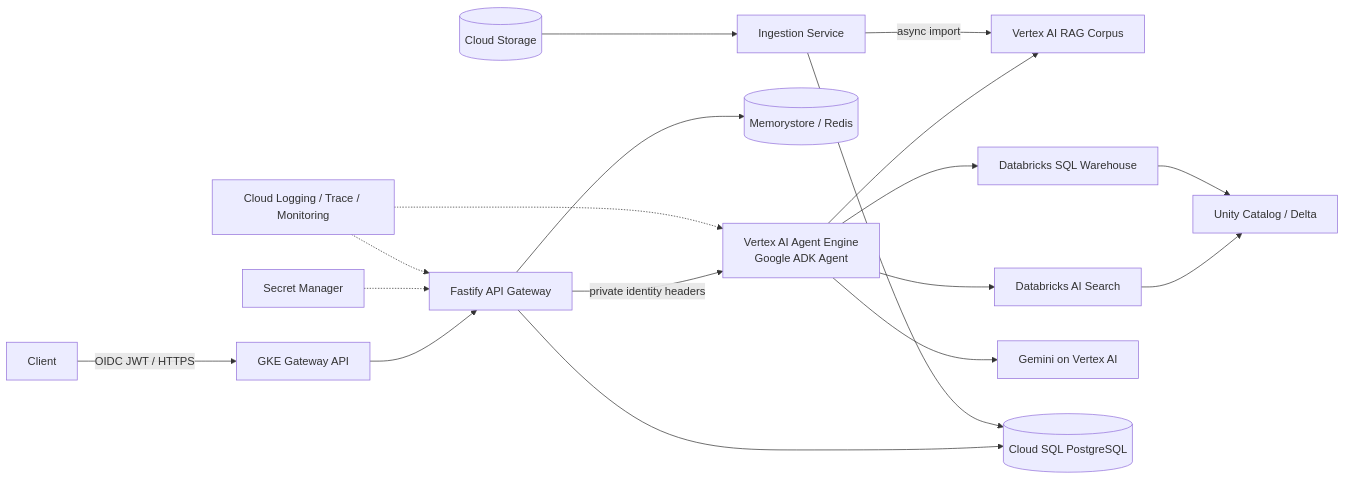
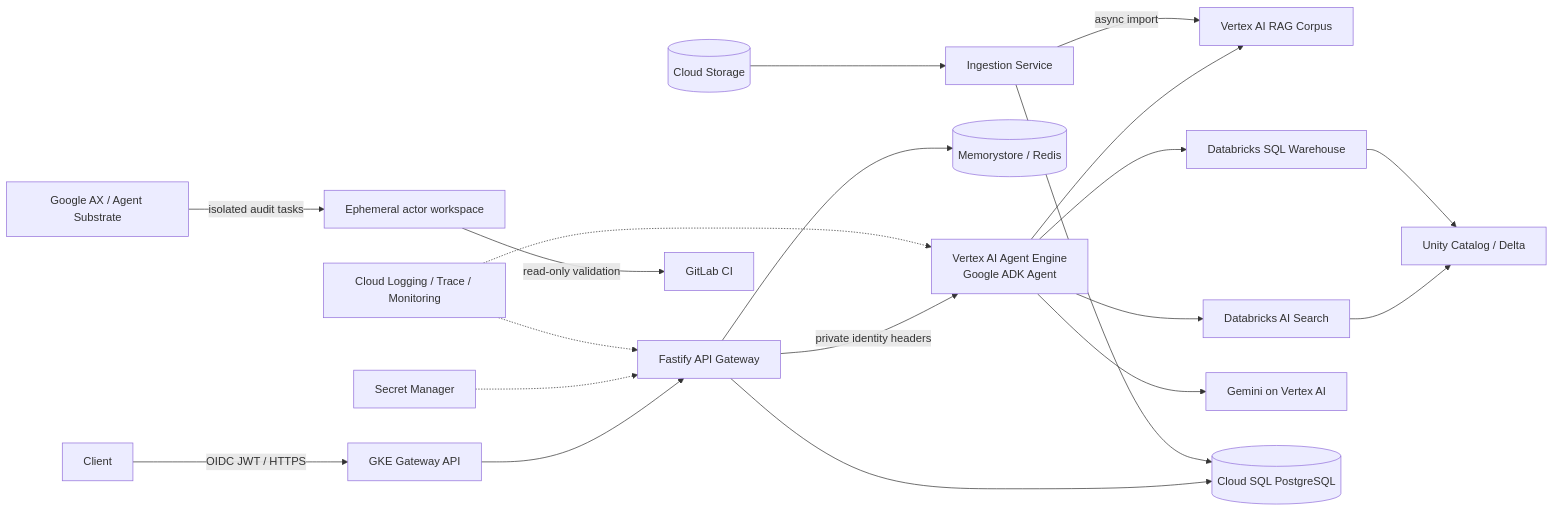
The diagram in README.md (biswajitNanda223/it-seemed-like-a-good-idea), drawn with Mermaid before and after one commit. The commit also changed other lines of this file and 10 other files, not shown here.

````diff
--- a/README.md
+++ b/README.md
@@ -9,20 +9,22 @@
 ```mermaid
 flowchart LR
   U[Client] -->|OIDC JWT / HTTPS| GW[GKE Gateway API]
   GW --> API[Fastify API Gateway]
   API -->|private identity headers| AE[Vertex AI Agent Engine\nGoogle ADK Agent]
   AE --> RAG[Vertex AI RAG Corpus]
   AE --> DBXV[Databricks AI Search]
   AE --> DBXS[Databricks SQL Warehouse]
   DBXV --> UC[Unity Catalog / Delta]
   DBXS --> UC
   AE --> GEM[Gemini on Vertex AI]
   API --> REDIS[(Memorystore / Redis)]
   API --> PG[(Cloud SQL PostgreSQL)]
   ING[Ingestion Service] -->|async import| RAG
   ING --> PG
   GCS[(Cloud Storage)] --> ING
   SM[Secret Manager] -.-> API
   OBS[Cloud Logging / Trace / Monitoring] -.-> API
   OBS -.-> AE
+  AX[Google AX / Agent Substrate] -->|isolated audit tasks| AXW[Ephemeral actor workspace]
+  AXW -->|read-only validation| CI[GitLab CI]
 ```
````
